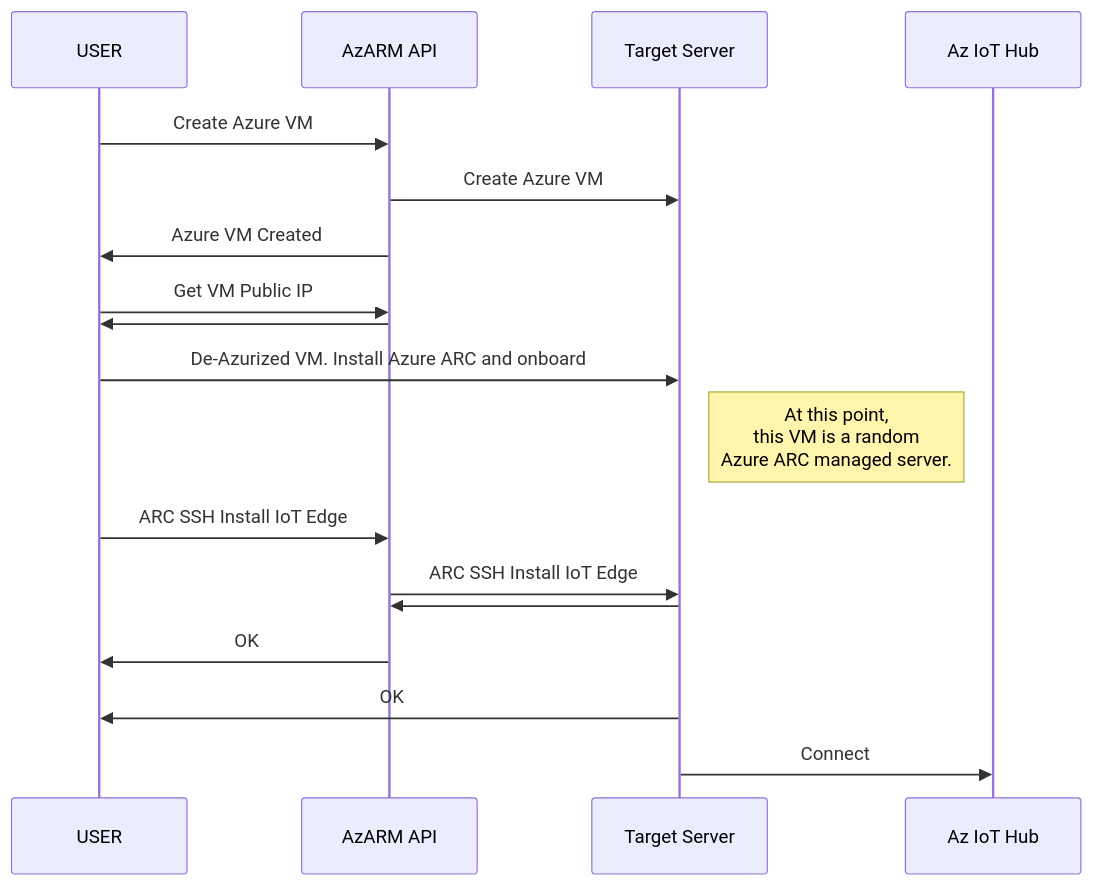
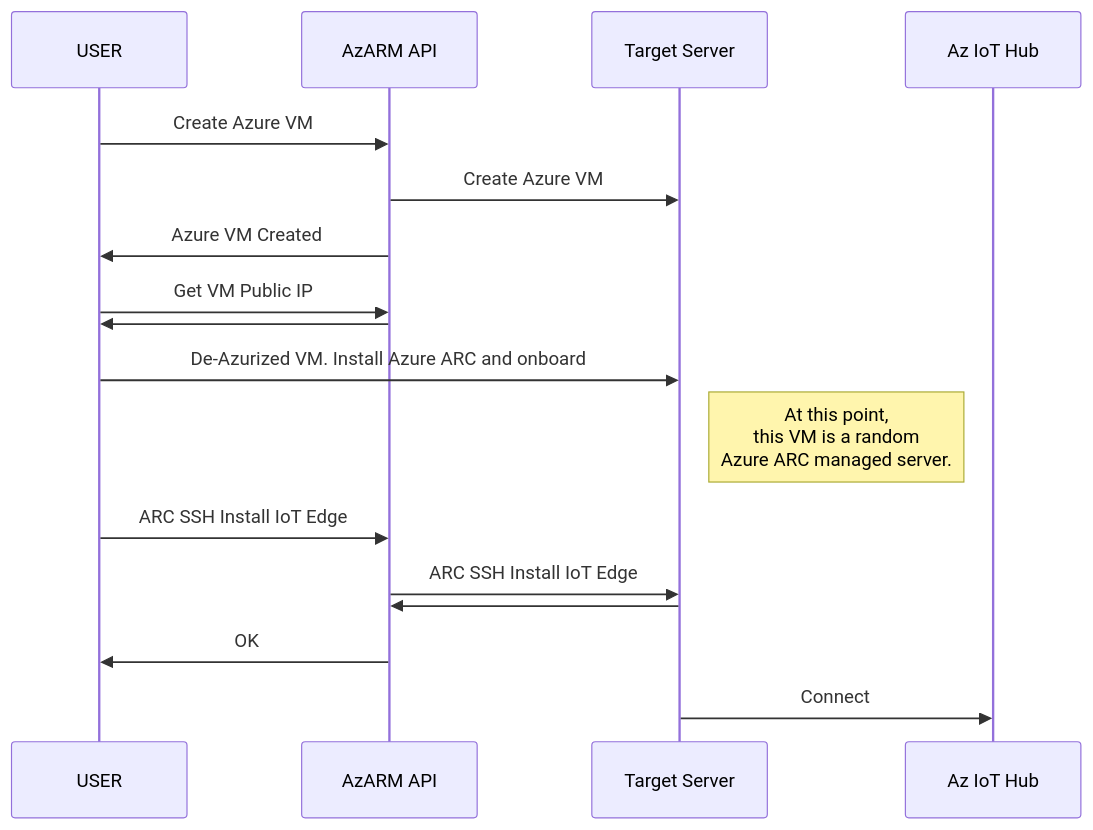
The diagram in README.md (SeryioGonzalez/install_iot_edge_with_arc_for_servers), drawn with Mermaid before and after one commit.

````diff
--- a/README.md
+++ b/README.md
@@ -32,17 +32,16 @@
 ```mermaid
 sequenceDiagram
 USER           ->>  AzARM API: Create Azure VM
 AzARM API      ->>  Target Server: Create Azure VM
 AzARM API      ->>  USER: Azure VM Created
 USER           ->>  AzARM API: Get VM Public IP
 AzARM API      ->>  USER: 
 USER           ->>  Target Server: De-Azurized VM. Install Azure ARC and onboard
 Note right of Target Server: At this point,<br/>this VM is a random<br/>Azure ARC managed server.
 
 USER           ->>  AzARM API: ARC SSH Install IoT Edge
 AzARM API      ->> Target Server: ARC SSH Install IoT Edge
 Target Server  ->>   AzARM API: 
 AzARM API      ->>  USER: OK
-Target Server  ->>  USER: OK
 Target Server  ->>  Az IoT Hub: Connect
 ```
````
